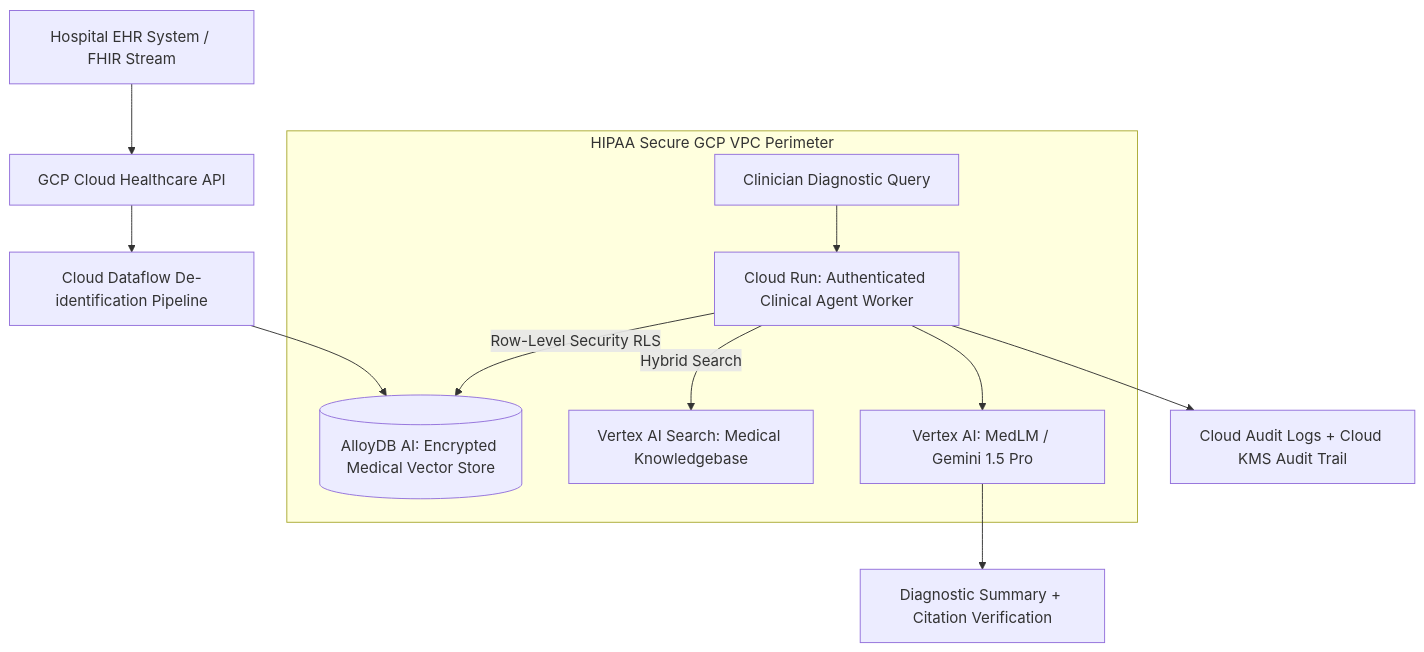
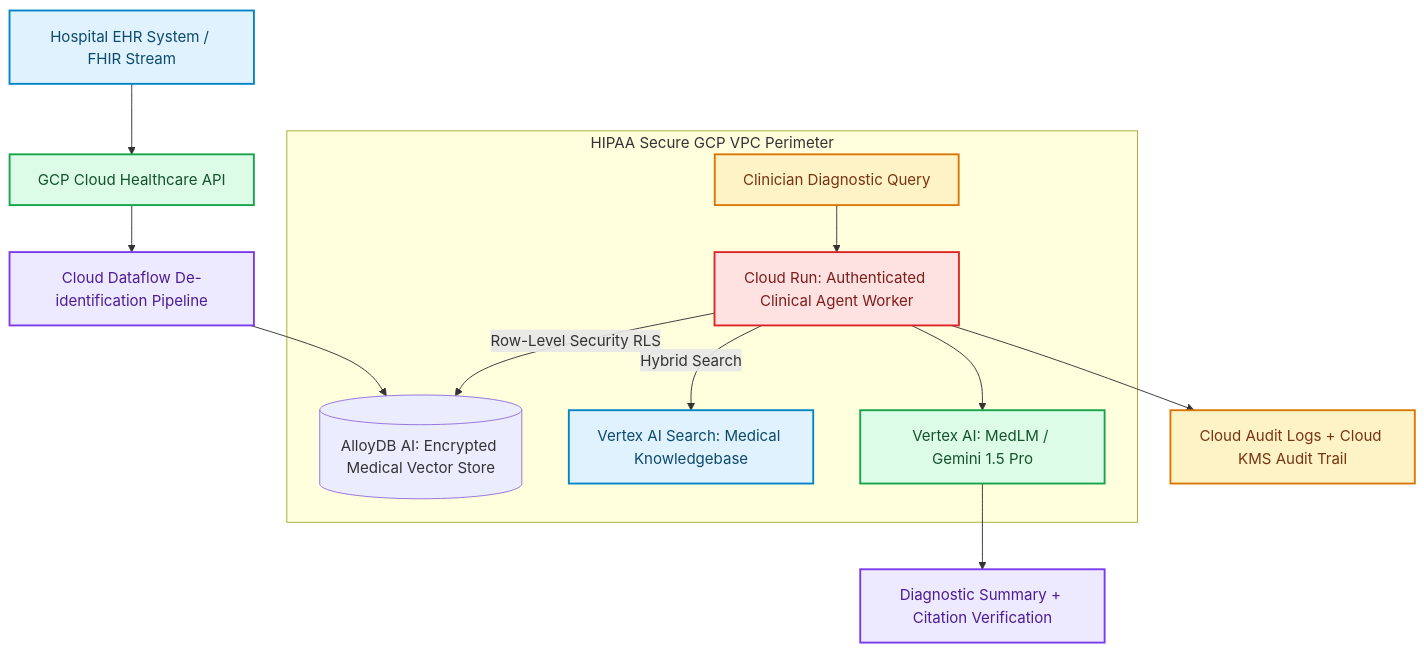
The diagram in blog/posts/case-study-healthtech-clinical-rag-vertex-ai.md (akmalkhaniub/akmalkhaniub.github.io), drawn with Mermaid before and after one commit. The commit also changed other lines of this file and 1291 other files, not shown here.

First line of the commit message:
feat(catalog): unique covers, scholarly references, and diagram palettes

````diff
--- a/blog/posts/case-study-healthtech-clinical-rag-vertex-ai.md
+++ b/blog/posts/case-study-healthtech-clinical-rag-vertex-ai.md
@@ -42,16 +42,27 @@
 ```mermaid
 flowchart TD
-  A[Hospital EHR System / FHIR Stream] --> B[GCP Cloud Healthcare API]
-  B --> C[Cloud Dataflow De-identification Pipeline]
+  A["Hospital EHR System / FHIR Stream"] --> B["GCP Cloud Healthcare API"]
+  B --> C["Cloud Dataflow De-identification Pipeline"]
   C --> D[(AlloyDB AI: Encrypted Medical Vector Store)]
   
   subgraph SG1_HipaaSecureGcp ["HIPAA Secure GCP VPC Perimeter"]
-    E[Clinician Diagnostic Query] --> F[Cloud Run: Authenticated Clinical Agent Worker]
+    E["Clinician Diagnostic Query"] --> F["Cloud Run: Authenticated Clinical Agent Worker"]
     F -->|Row-Level Security RLS| D
-    F -->|Hybrid Search| G[Vertex AI Search: Medical Knowledgebase]
-    F --> H[Vertex AI: MedLM / Gemini 1.5 Pro]
+    F -->|Hybrid Search| G["Vertex AI Search: Medical Knowledgebase"]
+    F --> H["Vertex AI: MedLM / Gemini 1.5 Pro"]
   end
   
-  H --> I[Diagnostic Summary + Citation Verification]
-  F --> J[Cloud Audit Logs + Cloud KMS Audit Trail]
+  H --> I["Diagnostic Summary + Citation Verification"]
+  F --> J["Cloud Audit Logs + Cloud KMS Audit Trail"]
+
+classDef green fill:#dcfce7,stroke:#16a34a,stroke-width:2px,color:#14532d;
+classDef red fill:#fee2e2,stroke:#dc2626,stroke-width:2px,color:#7f1d1d;
+classDef blue fill:#e0f2fe,stroke:#0284c7,stroke-width:2px,color:#0c4a6e;
+classDef yellow fill:#fef3c7,stroke:#d97706,stroke-width:2px,color:#78350f;
+classDef purple fill:#ede9fe,stroke:#7c3aed,stroke-width:2px,color:#4c1d95;
+class A,G blue
+class B,H green
+class C,I purple
+class E,J yellow
+class F red
 ```
````
